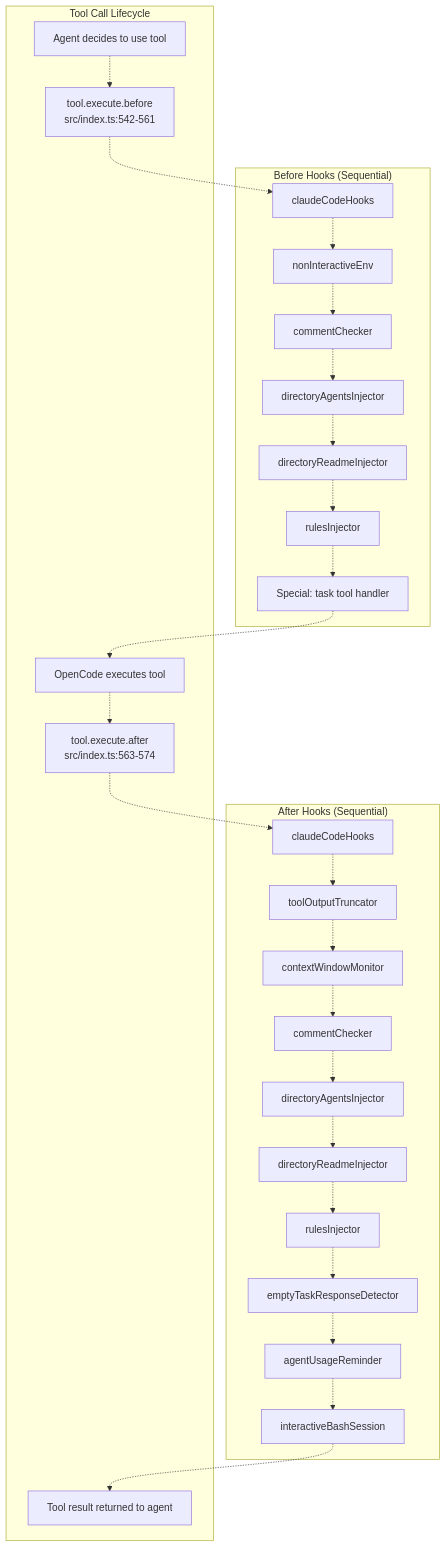
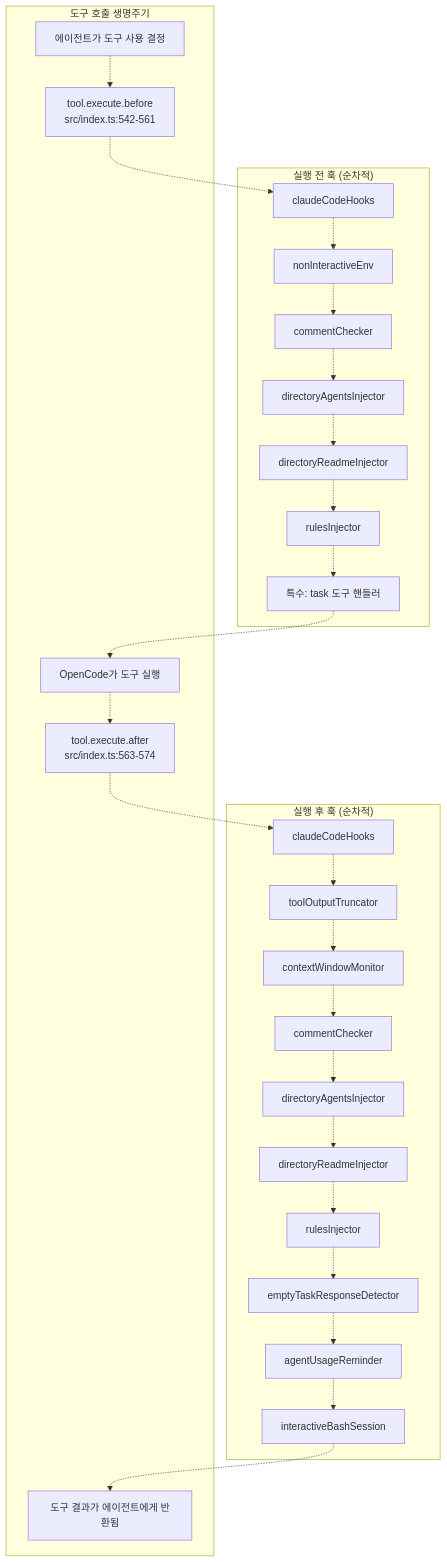
Before and after one commit to felipetruman/oh-my-opencode-docs: the fifth of 11 diagrams in docs/architecture/event-handling.md, drawn with Mermaid. The commit also changed other lines of this file and 76 other files, not shown here.

````diff
--- a/docs/architecture/event-handling.md
+++ b/docs/architecture/event-handling.md
@@ -352,79 +344,79 @@
 ```mermaid
 flowchart TD
 
-Agent["Agent decides to use tool"]
+Agent["에이전트가 도구 사용 결정"]
 Before["tool.execute.before<br>src/index.ts:542-561"]
-Execute["OpenCode executes tool"]
+Execute["OpenCode가 도구 실행"]
 After["tool.execute.after<br>src/index.ts:563-574"]
-Response["Tool result returned to agent"]
+Response["도구 결과가 에이전트에게 반환됨"]
 B1["claudeCodeHooks"]
 B2["nonInteractiveEnv"]
 B3["commentChecker"]
 B4["directoryAgentsInjector"]
 B5["directoryReadmeInjector"]
 B6["rulesInjector"]
-B7["Special: task tool handler"]
+B7["특수: task 도구 핸들러"]
 A1["claudeCodeHooks"]
 A2["toolOutputTruncator"]
 A3["contextWindowMonitor"]
 A4["commentChecker"]
 A5["directoryAgentsInjector"]
 A6["directoryReadmeInjector"]
 A7["rulesInjector"]
 A8["emptyTaskResponseDetector"]
 A9["agentUsageReminder"]
 A10["interactiveBashSession"]
 
 Before -.-> B1
 B7 -.-> Execute
 After -.-> A1
 A10 -.-> Response
 
-subgraph subGraph2 ["After Hooks (Sequential)"]
+subgraph subGraph2 ["실행 후 훅 (순차적)"]
     A1
     A2
     A3
     A4
     A5
     A6
     A7
     A8
     A9
     A10
     A1 -.-> A2
     A2 -.-> A3
     A3 -.-> A4
     A4 -.-> A5
     A5 -.-> A6
     A6 -.-> A7
     A7 -.-> A8
     A8 -.-> A9
     A9 -.-> A10
 end
 
-subgraph subGraph1 ["Before Hooks (Sequential)"]
+subgraph subGraph1 ["실행 전 훅 (순차적)"]
     B1
     B2
     B3
     B4
     B5
     B6
     B7
     B1 -.-> B2
     B2 -.-> B3
     B3 -.-> B4
     B4 -.-> B5
     B5 -.-> B6
     B6 -.-> B7
 end
 
-subgraph subGraph0 ["Tool Call Lifecycle"]
+subgraph subGraph0 ["도구 호출 생명주기"]
     Agent
     Before
     Execute
     After
     Response
     Agent -.-> Before
     Execute -.-> After
 end
 ```
````
